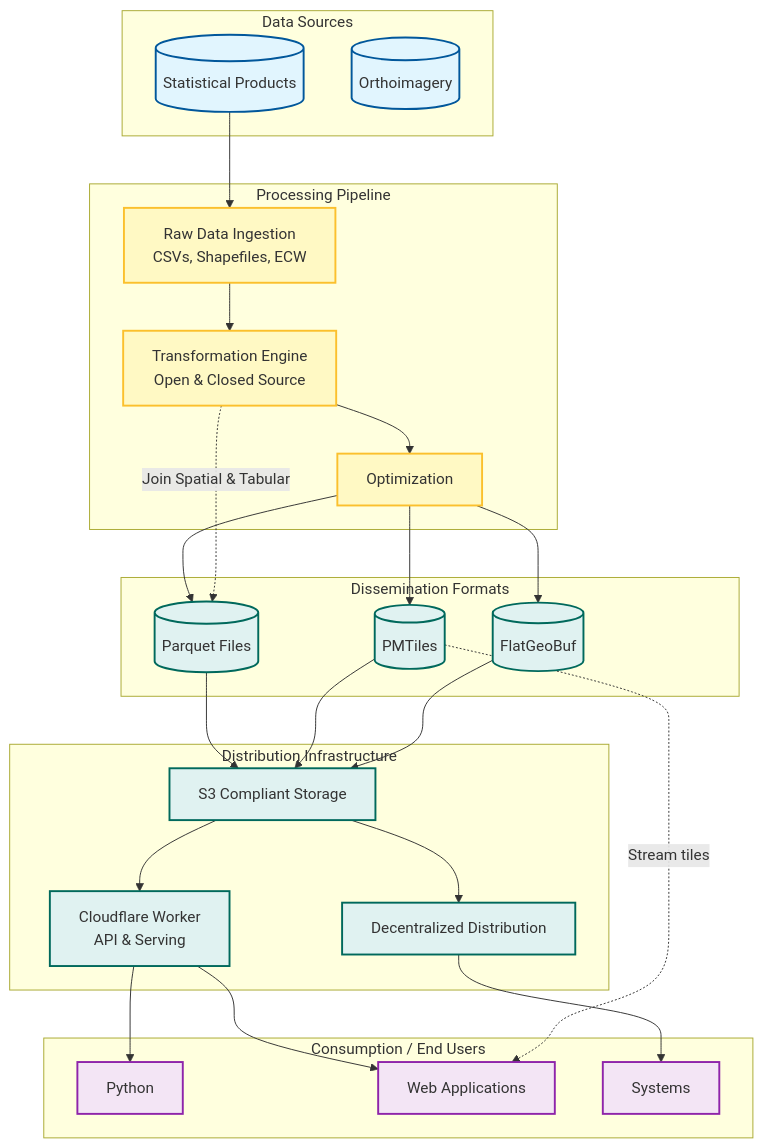
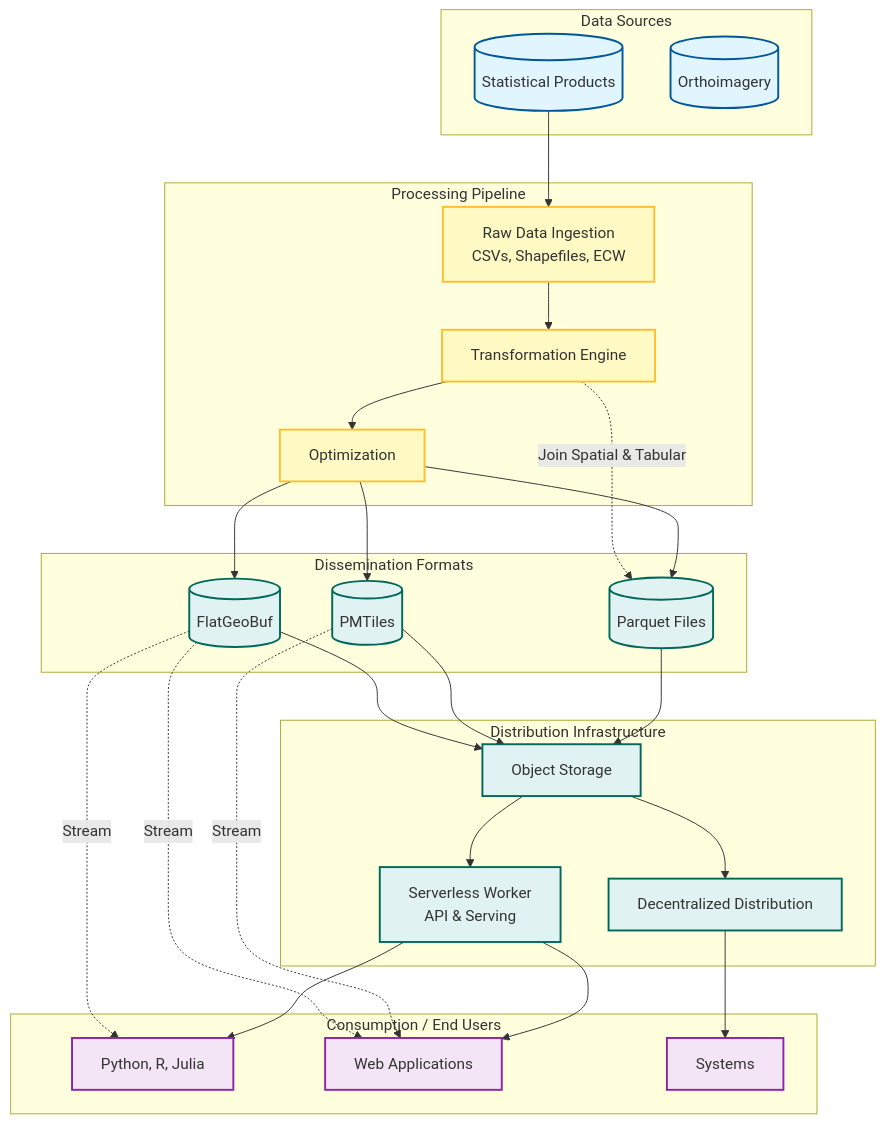
One commit to dataforcanada/www.dataforcanada.org changed the diagram in content/_index.md. Above: the diagram before and after it, drawn with Mermaid. The commit also changed other lines of this file, not shown here.

Commit message:
Made updates to high-level overview on main page

````diff
--- a/content/_index.md
+++ b/content/_index.md
@@ -20,58 +23,64 @@
 ```mermaid
 flowchart TD
     %% Define Styles
     classDef source fill:#e1f5fe,stroke:#01579b,stroke-width:2px
     classDef process fill:#fff9c4,stroke:#fbc02d,stroke-width:2px
     classDef storage fill:#e0f2f1,stroke:#00695c,stroke-width:2px
     classDef consumer fill:#f3e5f5,stroke:#8e24aa,stroke-width:2px
 
     subgraph "Data Sources"
-        StatCan[("Statistical Products")]:::source
+        StatProducts[("Statistical Products")]:::source
         Orthoimagery[("Orthoimagery")]:::source
     end
 
     subgraph "Processing Pipeline"
         Raw[Raw Data Ingestion<br/>CSVs, Shapefiles, ECW]:::process
-        Transform[Transformation Engine<br/>Open & Closed Source]:::process
+        Transform[Transformation Engine]:::process
         Opt[Optimization]:::process
     end
 
     subgraph "Dissemination Formats"
         Parquet[("Parquet Files")]:::storage
         PMTiles[("PMTiles")]:::storage
         FlatGeoBuf[("FlatGeoBuf")]:::storage
     end
 
     subgraph "Distribution Infrastructure"
-        S3_COMPLIANT_STORAGE[S3 Compliant Storage]:::storage
-        Decentralized_Distribution[Decentralized Distribution]:::storage
-        Serverless[Cloudflare Worker<br/>API & Serving]:::storage
+        ObjectStorage[Object Storage]:::storage
+        DecentralizedDistribution[Decentralized Distribution]:::storage
+        Serverless[Serverless Worker<br/>API & Serving]:::storage
     end
 
     subgraph "Consumption / End Users"
         DataSci[DuckDB, Python, QGIS, Jupyter]:::consumer
         WebApps[Web Applications]:::consumer
-        DataSci[Python]:::consumer
+        DataSci[Python, R, Julia]:::consumer
         Systems[Systems]:::consumer
     end
 
     %% Relationships
-    StatCan --> Raw
+    StatProducts --> Raw
     Raw --> Transform
     Transform --> Opt
     Opt --> Parquet
     Opt --> PMTiles
     Opt --> FlatGeoBuf
-    Parquet --> S3_COMPLIANT_STORAGE
-    PMTiles --> S3_COMPLIANT_STORAGE
-    FlatGeoBuf --> S3_COMPLIANT_STORAGE
-    S3_COMPLIANT_STORAGE --> Decentralized_Distribution
-    S3_COMPLIANT_STORAGE --> Serverless
-    Decentralized_Distribution --> Systems
+    Parquet --> ObjectStorage
+    PMTiles --> ObjectStorage
+    FlatGeoBuf --> ObjectStorage
+    ObjectStorage --> DecentralizedDistribution
+    ObjectStorage --> Serverless
+    DecentralizedDistribution --> Systems
     Serverless --> WebApps
     Serverless --> DataSci
 
     %% Concept Annotations
     Transform -.->|"Join Spatial & Tabular"| Parquet
-    PMTiles -.->|"Stream tiles"| WebApps
+    PMTiles -.->|"Stream"| WebApps
+    FlatGeoBuf -.->|"Stream"|DataSci
+    FlatGeoBuf -.->|"Stream"|WebApps
+
+    click StatProducts "https://www.dataforcanada.org/docs/processes/statistical_products/" _blank
+    click Orthoimagery "https://www.dataforcanada.org/docs/processes/statistical_products/" _blank
+    click DecentralizedDistribution "https://www.dataforcanada.org/docs/dissemination/" _blank
 ```
````
